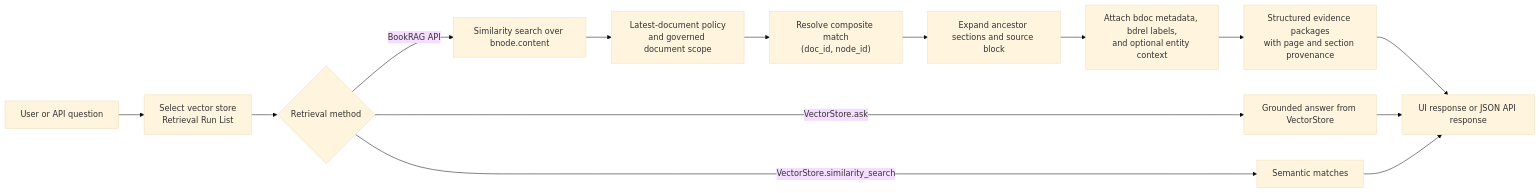
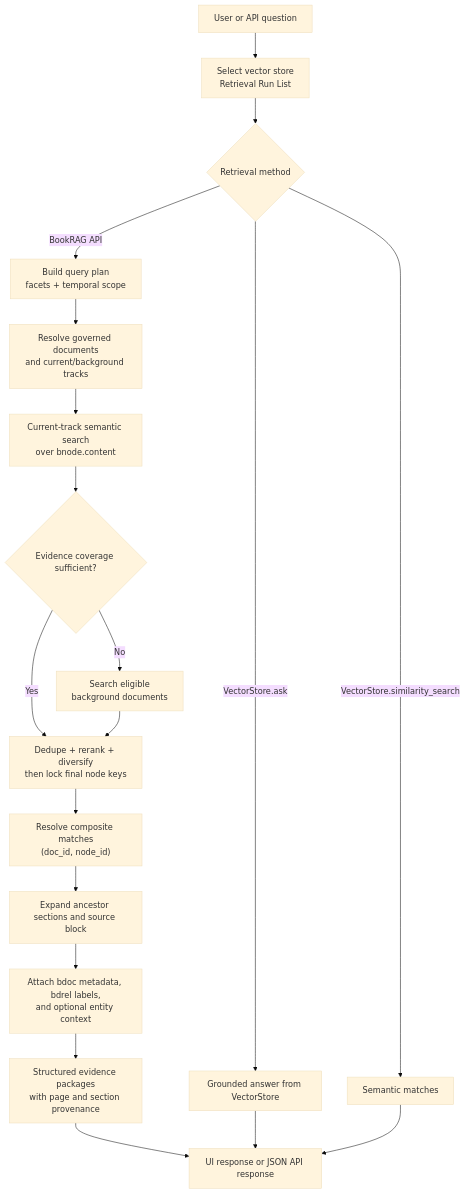
The third of 4 diagrams in README.md (xuhaibintd/teradataevsui), drawn with Mermaid (base theme) before and after one commit. The commit also changed other lines of this file and 5 other files, not shown here.

Commit message:
Correct and validate architecture diagrams

````diff
--- a/README.md
+++ b/README.md
@@ -339,19 +345,24 @@
 ```mermaid
-flowchart LR
+flowchart TB
     Question["User or API question"] --> Select["Select vector store<br/>Retrieval Run List"]
     Select --> Method{"Retrieval method"}
 
     Method -->|"VectorStore.ask"| Ask["Grounded answer from VectorStore"]
     Method -->|"VectorStore.similarity_search"| Similarity["Semantic matches"]
-    Method -->|"BookRAG API"| BRSimilarity["Similarity search over bnode.content"]
+    Method -->|"BookRAG API"| Plan["Build query plan<br/>facets + temporal scope"]
 
-    BRSimilarity --> Scope["Latest-document policy<br/>and governed document scope"]
-    Scope --> Key["Resolve composite match<br/>(doc_id, node_id)"]
+    Plan --> Scope["Resolve governed documents<br/>and current/background tracks"]
+    Scope --> Current["Current-track semantic search<br/>over bnode.content"]
+    Current --> Coverage{"Evidence coverage sufficient?"}
+    Coverage -->|No| Background["Search eligible<br/>background documents"]
+    Coverage -->|Yes| Rank["Dedupe + rerank + diversify<br/>then lock final node keys"]
+    Background --> Rank
+    Rank --> Key["Resolve composite matches<br/>(doc_id, node_id)"]
     Key --> Expand["Expand ancestor sections and source block"]
     Expand --> Enrich["Attach bdoc metadata, bdrel labels,<br/>and optional entity context"]
     Enrich --> Evidence["Structured evidence packages<br/>with page and section provenance"]
     Evidence --> Response["UI response or JSON API response"]
 
     Ask --> Response
     Similarity --> Response
 ```
````
